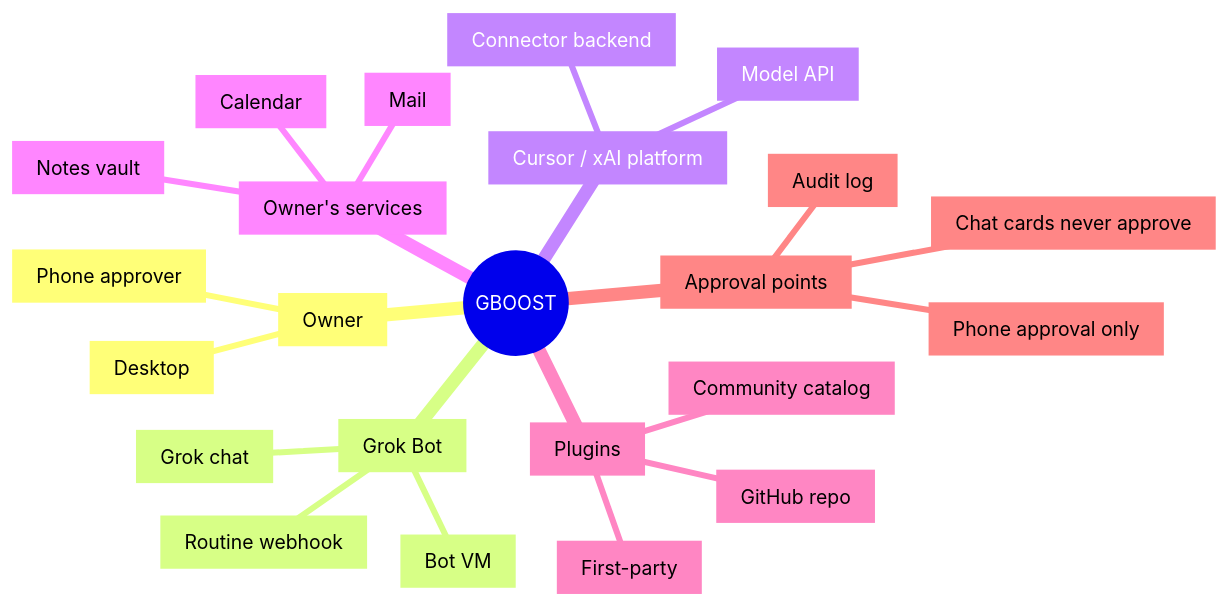
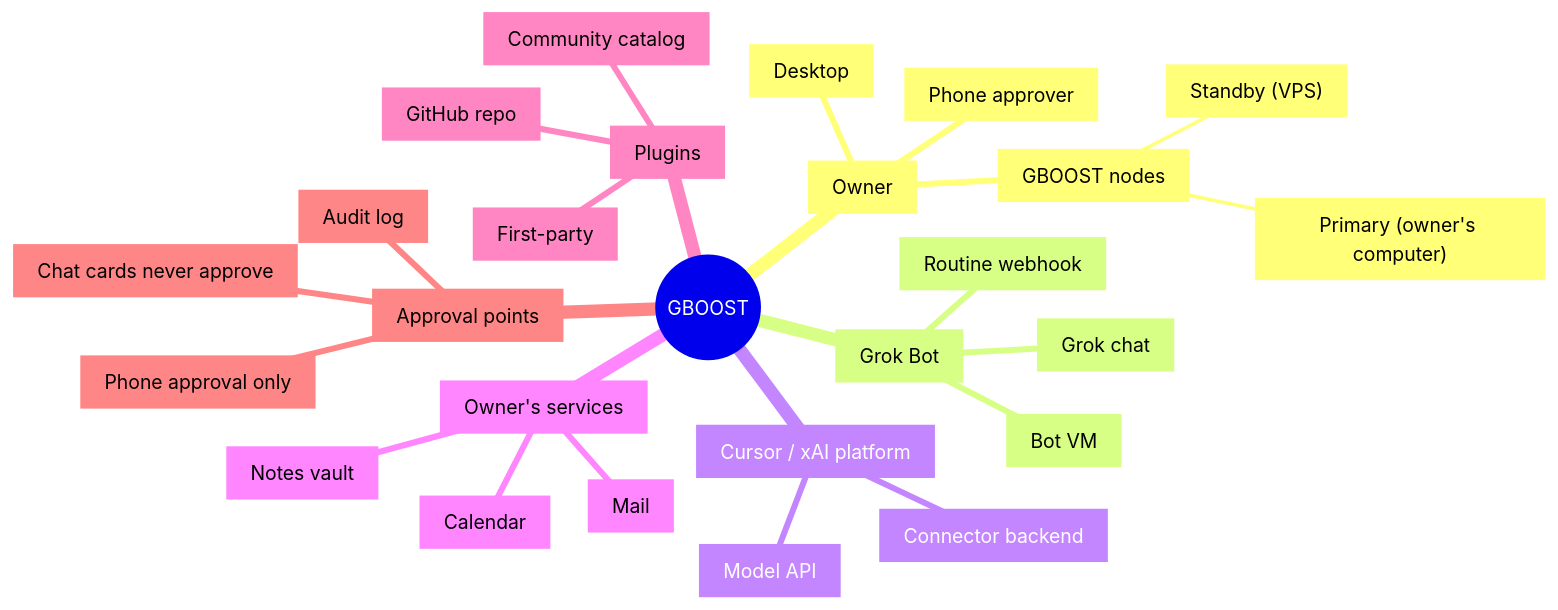
Before and after one commit to Deikus-LXXVII/gboost: the diagram in docs/maps/bastion-context.diagram.md, drawn with Mermaid. The commit also changed other lines of this file and 36 other files, not shown here.

````diff
--- a/docs/maps/bastion-context.diagram.md
+++ b/docs/maps/bastion-context.diagram.md
@@ -5,26 +5,29 @@
 ```mermaid
 mindmap
   nruof5(("GBOOST"))
     yukfhw["Owner"]
       w66a0k["Phone approver"]
       ae35p0["Desktop"]
+      92oqnw["GBOOST nodes"]
+        cnxk1n["Primary (owner's computer)"]
+        802w34["Standby (VPS)"]
     7kz9sv["Grok Bot"]
       bu1k30["Bot VM"]
       3es1gd["Grok chat"]
       ii6d42["Routine webhook"]
     kv2q5j["Cursor / xAI platform"]
       22d4x0["Connector backend"]
       cdy1m1["Model API"]
     3nzvvl["Owner's services"]
       i339j0["Mail"]
       yphzcw["Calendar"]
       xpzijq["Notes vault"]
     u9kx5t["Plugins"]
       5i3swe["First-party"]
       iwticj["Community catalog"]
       iubdze["GitHub repo"]
     t3ywi7["Approval points"]
       pfbm19["Phone approval only"]
       d9qeq5["Chat cards never approve"]
       zzebqr["Audit log"]
 ```
````
